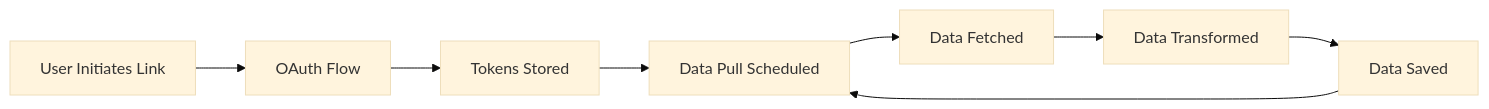
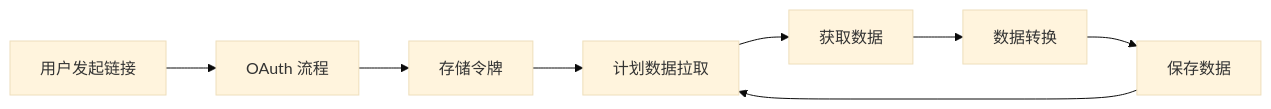
Before and after one commit to thetahealth/mirobody-health-docs: the diagram in zh/development/provider-integration.mdx, drawn with Mermaid (base theme). The commit also changed other lines of this file and 31 other files, not shown here.

````diff
--- a/zh/development/provider-integration.mdx
+++ b/zh/development/provider-integration.mdx
@@ -208,10 +230,10 @@
 ```mermaid
 graph LR
-    A[User Initiates Link] --> B[OAuth Flow]
-    B --> C[Tokens Stored]
-    C --> D[Data Pull Scheduled]
-    D --> E[Data Fetched]
-    E --> F[Data Transformed]
-    F --> G[Data Saved]
+    A[用户发起链接] --> B[OAuth 流程]
+    B --> C[存储令牌]
+    C --> D[计划数据拉取]
+    D --> E[获取数据]
+    E --> F[数据转换]
+    F --> G[保存数据]
     G --> D
 ```
````
